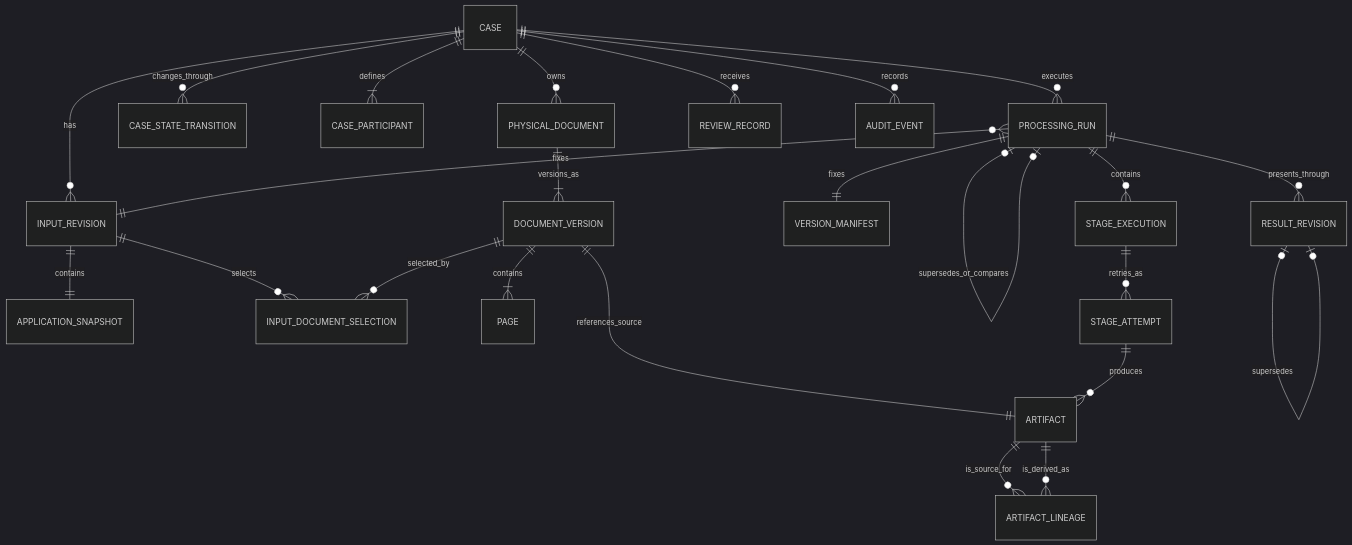
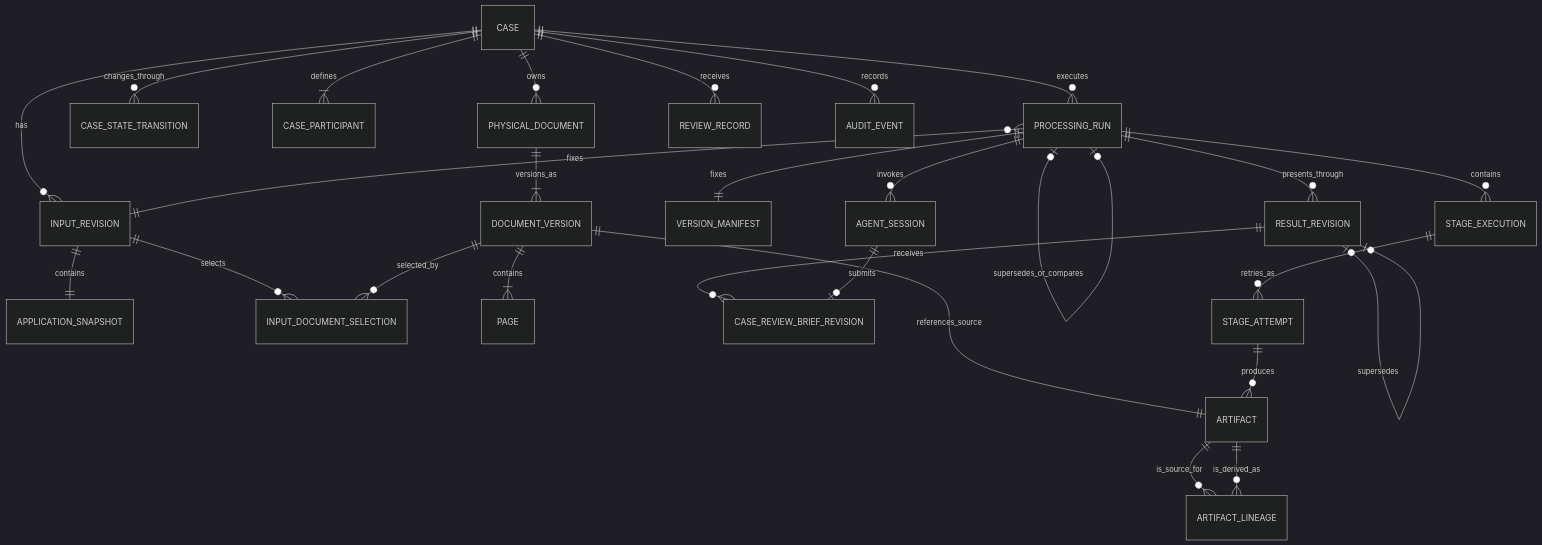
Before and after one commit to skang10/fin-processing-agent: the first of 2 diagrams in specs/DATA_MODEL.md, drawn with Mermaid (dark theme). The commit also changed other lines of this file and 16 other files, not shown here.

````diff
--- a/specs/DATA_MODEL.md
+++ b/specs/DATA_MODEL.md
@@ -51,28 +51,31 @@
 ```mermaid
 erDiagram
     CASE ||--o{ INPUT_REVISION : has
     CASE ||--o{ PROCESSING_RUN : executes
     CASE ||--o{ CASE_STATE_TRANSITION : changes_through
     CASE ||--|{ CASE_PARTICIPANT : defines
     CASE ||--o{ PHYSICAL_DOCUMENT : owns
     CASE ||--o{ REVIEW_RECORD : receives
     CASE ||--o{ AUDIT_EVENT : records
 
     INPUT_REVISION ||--|| APPLICATION_SNAPSHOT : contains
     INPUT_REVISION ||--o{ INPUT_DOCUMENT_SELECTION : selects
     DOCUMENT_VERSION ||--o{ INPUT_DOCUMENT_SELECTION : selected_by
     PHYSICAL_DOCUMENT ||--|{ DOCUMENT_VERSION : versions_as
     DOCUMENT_VERSION ||--|| ARTIFACT : references_source
     DOCUMENT_VERSION ||--|{ PAGE : contains
     ARTIFACT ||--o{ ARTIFACT_LINEAGE : is_source_for
     ARTIFACT ||--o{ ARTIFACT_LINEAGE : is_derived_as
 
     PROCESSING_RUN }o--|| INPUT_REVISION : fixes
     PROCESSING_RUN ||--|| VERSION_MANIFEST : fixes
     PROCESSING_RUN ||--o{ STAGE_EXECUTION : contains
     PROCESSING_RUN ||--o{ RESULT_REVISION : presents_through
+    PROCESSING_RUN ||--o{ AGENT_SESSION : invokes
     PROCESSING_RUN o|--o| PROCESSING_RUN : supersedes_or_compares
     RESULT_REVISION o|--o| RESULT_REVISION : supersedes
+    RESULT_REVISION ||--o{ CASE_REVIEW_BRIEF_REVISION : receives
+    AGENT_SESSION ||--o| CASE_REVIEW_BRIEF_REVISION : submits
     STAGE_EXECUTION ||--o{ STAGE_ATTEMPT : retries_as
     STAGE_ATTEMPT ||--o{ ARTIFACT : produces
 ```
````
